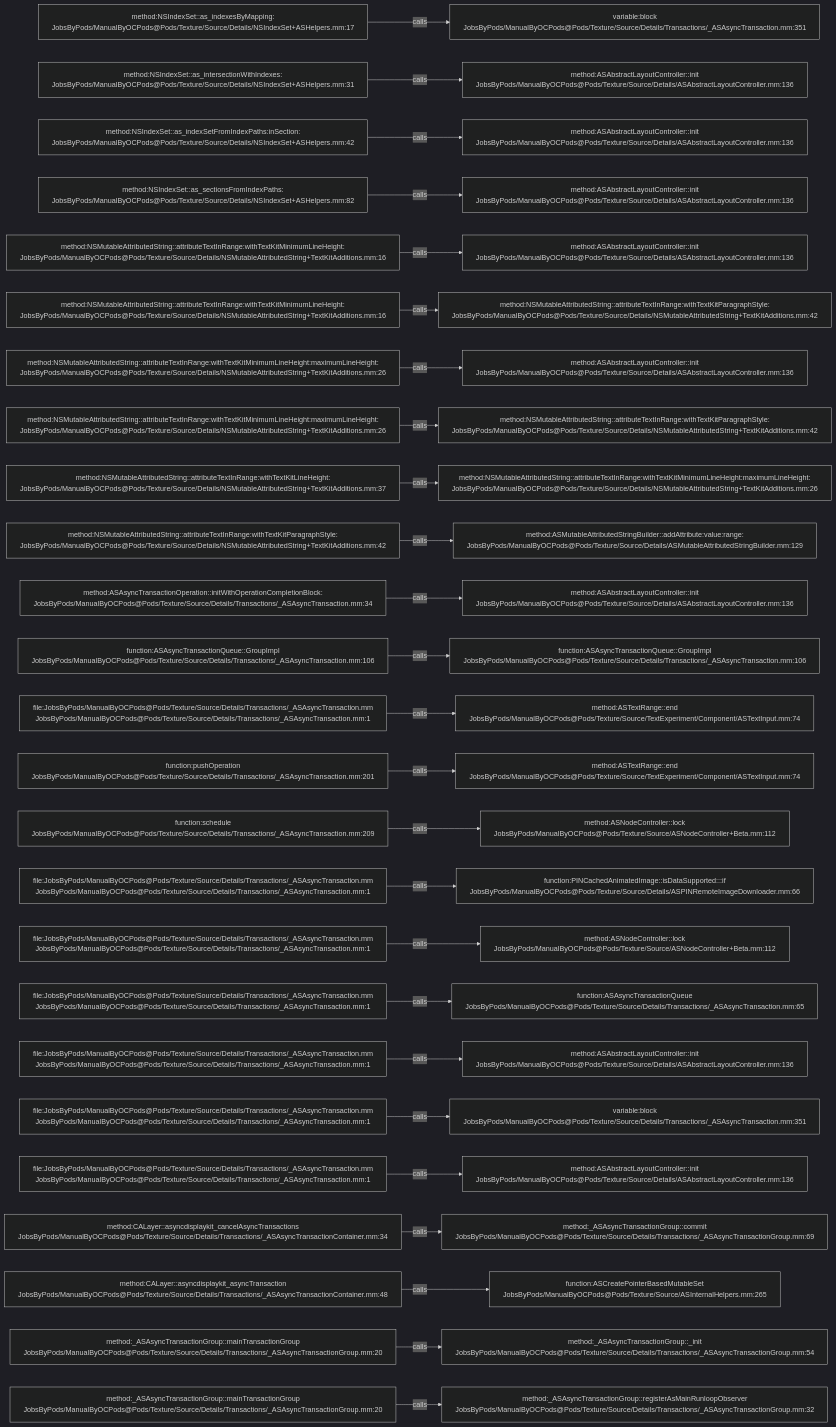
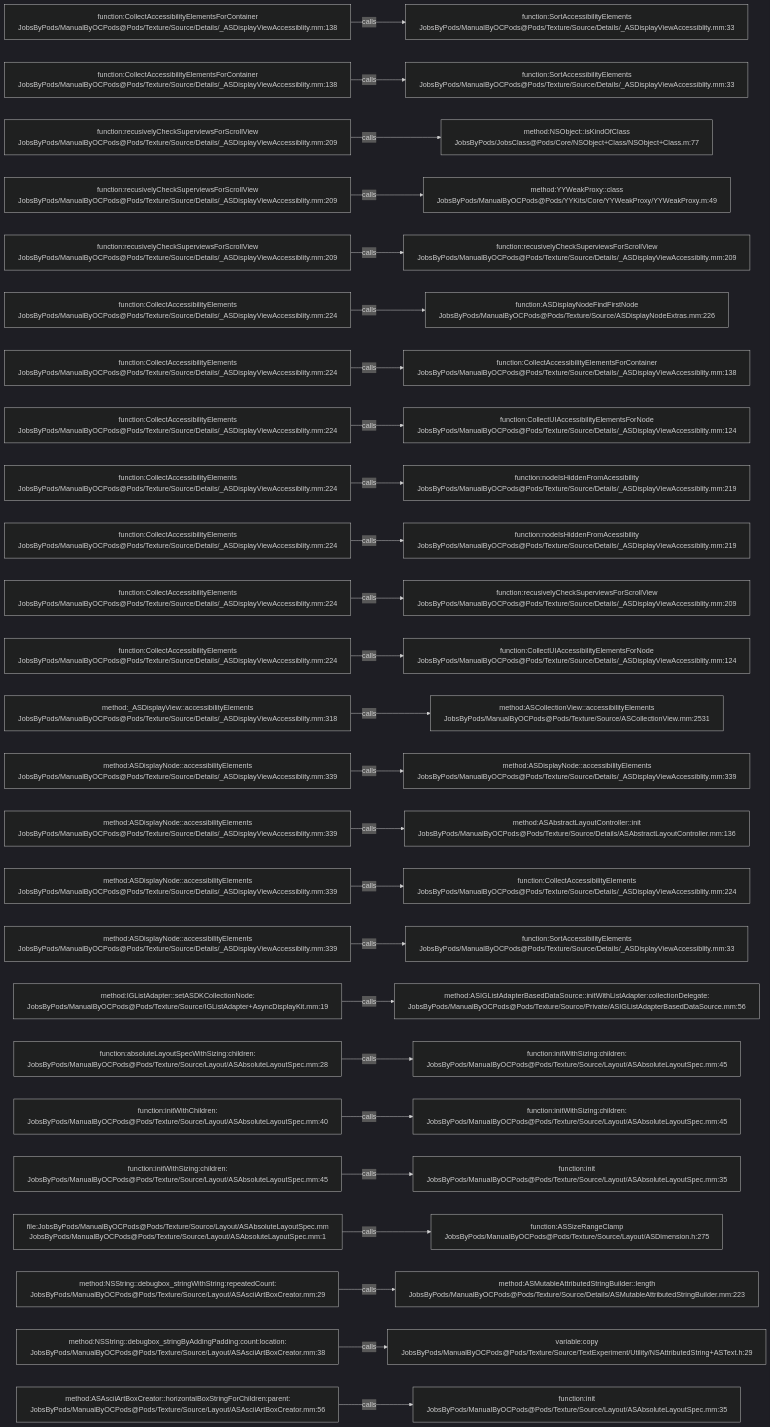
Before and after one commit to JobsKits/JobsOCBaseConfigDemo: the diagram in .codegraph/codegraph.md/graphs/calls-166.md, drawn with Mermaid (dark theme). The commit also changed 1448 other files, not shown here.

````diff
--- a/.codegraph/codegraph.md/graphs/calls-166.md
+++ b/.codegraph/codegraph.md/graphs/calls-166.md
@@ -13,78 +13,78 @@
 ```mermaid
 flowchart LR
-  S1["method:NSIndexSet::as_indexesByMapping:<br/>JobsByPods/ManualByOCPods@Pods/Texture/Source/Details/NSIndexSet+ASHelpers.mm:17"]
-  T1["variable:block<br/>JobsByPods/ManualByOCPods@Pods/Texture/Source/Details/Transactions/_ASAsyncTransaction.mm:351"]
+  S1["function:CollectAccessibilityElementsForContainer<br/>JobsByPods/ManualByOCPods@Pods/Texture/Source/Details/_ASDisplayViewAccessiblity.mm:138"]
+  T1["function:SortAccessibilityElements<br/>JobsByPods/ManualByOCPods@Pods/Texture/Source/Details/_ASDisplayViewAccessiblity.mm:33"]
   S1 -->|calls| T1
-  S2["method:NSIndexSet::as_intersectionWithIndexes:<br/>JobsByPods/ManualByOCPods@Pods/Texture/Source/Details/NSIndexSet+ASHelpers.mm:31"]
-  T2["method:ASAbstractLayoutController::init<br/>JobsByPods/ManualByOCPods@Pods/Texture/Source/Details/ASAbstractLayoutController.mm:136"]
+  S2["function:CollectAccessibilityElementsForContainer<br/>JobsByPods/ManualByOCPods@Pods/Texture/Source/Details/_ASDisplayViewAccessiblity.mm:138"]
+  T2["function:SortAccessibilityElements<br/>JobsByPods/ManualByOCPods@Pods/Texture/Source/Details/_ASDisplayViewAccessiblity.mm:33"]
   S2 -->|calls| T2
-  S3["method:NSIndexSet::as_indexSetFromIndexPaths:inSection:<br/>JobsByPods/ManualByOCPods@Pods/Texture/Source/Details/NSIndexSet+ASHelpers.mm:42"]
-  T3["method:ASAbstractLayoutController::init<br/>JobsByPods/ManualByOCPods@Pods/Texture/Source/Details/ASAbstractLayoutController.mm:136"]
+  S3["function:recusivelyCheckSuperviewsForScrollView<br/>JobsByPods/ManualByOCPods@Pods/Texture/Source/Details/_ASDisplayViewAccessiblity.mm:209"]
+  T3["method:NSObject::isKindOfClass<br/>JobsByPods/JobsClass@Pods/Core/NSObject+Class/NSObject+Class.m:77"]
   S3 -->|calls| T3
-  S4["method:NSIndexSet::as_sectionsFromIndexPaths:<br/>JobsByPods/ManualByOCPods@Pods/Texture/Source/Details/NSIndexSet+ASHelpers.mm:82"]
-  T4["method:ASAbstractLayoutController::init<br/>JobsByPods/ManualByOCPods@Pods/Texture/Source/Details/ASAbstractLayoutController.mm:136"]
+  S4["function:recusivelyCheckSuperviewsForScrollView<br/>JobsByPods/ManualByOCPods@Pods/Texture/Source/Details/_ASDisplayViewAccessiblity.mm:209"]
+  T4["method:YYWeakProxy::class<br/>JobsByPods/ManualByOCPods@Pods/YYKits/Core/YYWeakProxy/YYWeakProxy.m:49"]
   S4 -->|calls| T4
-  S5["method:NSMutableAttributedString::attributeTextInRange:withTextKitMinimumLineHeight:<br/>JobsByPods/ManualByOCPods@Pods/Texture/Source/Details/NSMutableAttributedString+TextKitAdditions.mm:16"]
-  T5["method:ASAbstractLayoutController::init<br/>JobsByPods/ManualByOCPods@Pods/Texture/Source/Details/ASAbstractLayoutController.mm:136"]
+  S5["function:recusivelyCheckSuperviewsForScrollView<br/>JobsByPods/ManualByOCPods@Pods/Texture/Source/Details/_ASDisplayViewAccessiblity.mm:209"]
+  T5["function:recusivelyCheckSuperviewsForScrollView<br/>JobsByPods/ManualByOCPods@Pods/Texture/Source/Details/_ASDisplayViewAccessiblity.mm:209"]
   S5 -->|calls| T5
-  S6["method:NSMutableAttributedString::attributeTextInRange:withTextKitMinimumLineHeight:<br/>JobsByPods/ManualByOCPods@Pods/Texture/Source/Details/NSMutableAttributedString+TextKitAdditions.mm:16"]
-  T6["method:NSMutableAttributedString::attributeTextInRange:withTextKitParagraphStyle:<br/>JobsByPods/ManualByOCPods@Pods/Texture/Source/Details/NSMutableAttributedString+TextKitAdditions.mm:42"]
+  S6["function:CollectAccessibilityElements<br/>JobsByPods/ManualByOCPods@Pods/Texture/Source/Details/_ASDisplayViewAccessiblity.mm:224"]
+  T6["function:ASDisplayNodeFindFirstNode<br/>JobsByPods/ManualByOCPods@Pods/Texture/Source/ASDisplayNodeExtras.mm:226"]
   S6 -->|calls| T6
-  S7["method:NSMutableAttributedString::attributeTextInRange:withTextKitMinimumLineHeight:maximumLineHeight:<br/>JobsByPods/ManualByOCPods@Pods/Texture/Source/Details/NSMutableAttributedString+TextKitAdditions.mm:26"]
-  T7["method:ASAbstractLayoutController::init<br/>JobsByPods/ManualByOCPods@Pods/Texture/Source/Details/ASAbstractLayoutController.mm:136"]
+  S7["function:CollectAccessibilityElements<br/>JobsByPods/ManualByOCPods@Pods/Texture/Source/Details/_ASDisplayViewAccessiblity.mm:224"]
+  T7["function:CollectAccessibilityElementsForContainer<br/>JobsByPods/ManualByOCPods@Pods/Texture/Source/Details/_ASDisplayViewAccessiblity.mm:138"]
   S7 -->|calls| T7
-  S8["method:NSMutableAttributedString::attributeTextInRange:withTextKitMinimumLineHeight:maximumLineHeight:<br/>JobsByPods/ManualByOCPods@Pods/Texture/Source/Details/NSMutableAttributedString+TextKitAdditions.mm:26"]
-  T8["method:NSMutableAttributedString::attributeTextInRange:withTextKitParagraphStyle:<br/>JobsByPods/ManualByOCPods@Pods/Texture/Source/Details/NSMutableAttributedString+TextKitAdditions.mm:42"]
+  S8["function:CollectAccessibilityElements<br/>JobsByPods/ManualByOCPods@Pods/Texture/Source/Details/_ASDisplayViewAccessiblity.mm:224"]
+  T8["function:CollectUIAccessibilityElementsForNode<br/>JobsByPods/ManualByOCPods@Pods/Texture/Source/Details/_ASDisplayViewAccessiblity.mm:124"]
   S8 -->|calls| T8
-  S9["method:NSMutableAttributedString::attributeTextInRange:withTextKitLineHeight:<br/>JobsByPods/ManualByOCPods@Pods/Texture/Source/Details/NSMutableAttributedString+TextKitAdditions.mm:37"]
-  T9["method:NSMutableAttributedString::attributeTextInRange:withTextKitMinimumLineHeight:maximumLineHeight:<br/>JobsByPods/ManualByOCPods@Pods/Texture/Source/Details/NSMutableAttributedString+TextKitAdditions.mm:26"]
+  S9["function:CollectAccessibilityElements<br/>JobsByPods/ManualByOCPods@Pods/Texture/Source/Details/_ASDisplayViewAccessiblity.mm:224"]
+  T9["function:nodeIsHiddenFromAcessibility<br/>JobsByPods/ManualByOCPods@Pods/Texture/Source/Details/_ASDisplayViewAccessiblity.mm:219"]
   S9 -->|calls| T9
-  S10["method:NSMutableAttributedString::attributeTextInRange:withTextKitParagraphStyle:<br/>JobsByPods/ManualByOCPods@Pods/Texture/Source/Details/NSMutableAttributedString+TextKitAdditions.mm:42"]
-  T10["method:ASMutableAttributedStringBuilder::addAttribute:value:range:<br/>JobsByPods/ManualByOCPods@Pods/Texture/Source/Details/ASMutableAttributedStringBuilder.mm:129"]
+  S10["function:CollectAccessibilityElements<br/>JobsByPods/ManualByOCPods@Pods/Texture/Source/Details/_ASDisplayViewAccessiblity.mm:224"]
+  T10["function:nodeIsHiddenFromAcessibility<br/>JobsByPods/ManualByOCPods@Pods/Texture/Source/Details/_ASDisplayViewAccessiblity.mm:219"]
   S10 -->|calls| T10
-  S11["method:ASAsyncTransactionOperation::initWithOperationCompletionBlock:<br/>JobsByPods/ManualByOCPods@Pods/Texture/Source/Details/Transactions/_ASAsyncTransaction.mm:34"]
-  T11["method:ASAbstractLayoutController::init<br/>JobsByPods/ManualByOCPods@Pods/Texture/Source/Details/ASAbstractLayoutController.mm:136"]
+  S11["function:CollectAccessibilityElements<br/>JobsByPods/ManualByOCPods@Pods/Texture/Source/Details/_ASDisplayViewAccessiblity.mm:224"]
+  T11["function:recusivelyCheckSuperviewsForScrollView<br/>JobsByPods/ManualByOCPods@Pods/Texture/Source/Details/_ASDisplayViewAccessiblity.mm:209"]
   S11 -->|calls| T11
-  S12["function:ASAsyncTransactionQueue::GroupImpl<br/>JobsByPods/ManualByOCPods@Pods/Texture/Source/Details/Transactions/_ASAsyncTransaction.mm:106"]
-  T12["function:ASAsyncTransactionQueue::GroupImpl<br/>JobsByPods/ManualByOCPods@Pods/Texture/Source/Details/Transactions/_ASAsyncTransaction.mm:106"]
+  S12["function:CollectAccessibilityElements<br/>JobsByPods/ManualByOCPods@Pods/Texture/Source/Details/_ASDisplayViewAccessiblity.mm:224"]
+  T12["function:CollectUIAccessibilityElementsForNode<br/>JobsByPods/ManualByOCPods@Pods/Texture/Source/Details/_ASDisplayViewAccessiblity.mm:124"]
   S12 -->|calls| T12
-  S13["file:JobsByPods/ManualByOCPods@Pods/Texture/Source/Details/Transactions/_ASAsyncTransaction.mm<br/>JobsByPods/ManualByOCPods@Pods/Texture/Source/Details/Transactions/_ASAsyncTransaction.mm:1"]
-  T13["method:ASTextRange::end<br/>JobsByPods/ManualByOCPods@Pods/Texture/Source/TextExperiment/Component/ASTextInput.mm:74"]
+  S13["method:_ASDisplayView::accessibilityElements<br/>JobsByPods/ManualByOCPods@Pods/Texture/Source/Details/_ASDisplayViewAccessiblity.mm:318"]
+  T13["method:ASCollectionView::accessibilityElements<br/>JobsByPods/ManualByOCPods@Pods/Texture/Source/ASCollectionView.mm:2531"]
   S13 -->|calls| T13
-  S14["function:pushOperation<br/>JobsByPods/ManualByOCPods@Pods/Texture/Source/Details/Transactions/_ASAsyncTransaction.mm:201"]
-  T14["method:ASTextRange::end<br/>JobsByPods/ManualByOCPods@Pods/Texture/Source/TextExperiment/Component/ASTextInput.mm:74"]
+  S14["method:ASDisplayNode::accessibilityElements<br/>JobsByPods/ManualByOCPods@Pods/Texture/Source/Details/_ASDisplayViewAccessiblity.mm:339"]
+  T14["method:ASDisplayNode::accessibilityElements<br/>JobsByPods/ManualByOCPods@Pods/Texture/Source/Details/_ASDisplayViewAccessiblity.mm:339"]
   S14 -->|calls| T14
-  S15["function:schedule<br/>JobsByPods/ManualByOCPods@Pods/Texture/Source/Details/Transactions/_ASAsyncTransaction.mm:209"]
-  T15["method:ASNodeController::lock<br/>JobsByPods/ManualByOCPods@Pods/Texture/Source/ASNodeController+Beta.mm:112"]
+  S15["method:ASDisplayNode::accessibilityElements<br/>JobsByPods/ManualByOCPods@Pods/Texture/Source/Details/_ASDisplayViewAccessiblity.mm:339"]
+  T15["method:ASAbstractLayoutController::init<br/>JobsByPods/ManualByOCPods@Pods/Texture/Source/Details/ASAbstractLayoutController.mm:136"]
   S15 -->|calls| T15
-  S16["file:JobsByPods/ManualByOCPods@Pods/Texture/Source/Details/Transactions/_ASAsyncTransaction.mm<br/>JobsByPods/ManualByOCPods@Pods/Texture/Source/Details/Transactions/_ASAsyncTransaction.mm:1"]
-  T16["function:PINCachedAnimatedImage::isDataSupported:::if<br/>JobsByPods/ManualByOCPods@Pods/Texture/Source/Details/ASPINRemoteImageDownloader.mm:66"]
+  S16["method:ASDisplayNode::accessibilityElements<br/>JobsByPods/ManualByOCPods@Pods/Texture/Source/Details/_ASDisplayViewAccessiblity.mm:339"]
+  T16["function:CollectAccessibilityElements<br/>JobsByPods/ManualByOCPods@Pods/Texture/Source/Details/_ASDisplayViewAccessiblity.mm:224"]
   S16 -->|calls| T16
-  S17["file:JobsByPods/ManualByOCPods@Pods/Texture/Source/Details/Transactions/_ASAsyncTransaction.mm<br/>JobsByPods/ManualByOCPods@Pods/Texture/Source/Details/Transactions/_ASAsyncTransaction.mm:1"]
-  T17["method:ASNodeController::lock<br/>JobsByPods/ManualByOCPods@Pods/Texture/Source/ASNodeController+Beta.mm:112"]
+  S17["method:ASDisplayNode::accessibilityElements<br/>JobsByPods/ManualByOCPods@Pods/Texture/Source/Details/_ASDisplayViewAccessiblity.mm:339"]
+  T17["function:SortAccessibilityElements<br/>JobsByPods/ManualByOCPods@Pods/Texture/Source/Details/_ASDisplayViewAccessiblity.mm:33"]
   S17 -->|calls| T17
-  S18["file:JobsByPods/ManualByOCPods@Pods/Texture/Source/Details/Transactions/_ASAsyncTransaction.mm<br/>JobsByPods/ManualByOCPods@Pods/Texture/Source/Details/Transactions/_ASAsyncTransaction.mm:1"]
-  T18["function:ASAsyncTransactionQueue<br/>JobsByPods/ManualByOCPods@Pods/Texture/Source/Details/Transactions/_ASAsyncTransaction.mm:65"]
+  S18["method:IGListAdapter::setASDKCollectionNode:<br/>JobsByPods/ManualByOCPods@Pods/Texture/Source/IGListAdapter+AsyncDisplayKit.mm:19"]
+  T18["method:ASIGListAdapterBasedDataSource::initWithListAdapter:collectionDelegate:<br/>JobsByPods/ManualByOCPods@Pods/Texture/Source/Private/ASIGListAdapterBasedDataSource.mm:56"]
   S18 -->|calls| T18
-  S19["file:JobsByPods/ManualByOCPods@Pods/Texture/Source/Details/Transactions/_ASAsyncTransaction.mm<br/>JobsByPods/ManualByOCPods@Pods/Texture/Source/Details/Transactions/_ASAsyncTransaction.mm:1"]
-  T19["method:ASAbstractLayoutController::init<br/>JobsByPods/ManualByOCPods@Pods/Texture/Source/Details/ASAbstractLayoutController.mm:136"]
+  S19["function:absoluteLayoutSpecWithSizing:children:<br/>JobsByPods/ManualByOCPods@Pods/Texture/Source/Layout/ASAbsoluteLayoutSpec.mm:28"]
+  T19["function:initWithSizing:children:<br/>JobsByPods/ManualByOCPods@Pods/Texture/Source/Layout/ASAbsoluteLayoutSpec.mm:45"]
   S19 -->|calls| T19
-  S20["file:JobsByPods/ManualByOCPods@Pods/Texture/Source/Details/Transactions/_ASAsyncTransaction.mm<br/>JobsByPods/ManualByOCPods@Pods/Texture/Source/Details/Transactions/_ASAsyncTransaction.mm:1"]
-  T20["variable:block<br/>JobsByPods/ManualByOCPods@Pods/Texture/Source/Details/Transactions/_ASAsyncTransaction.mm:351"]
+  S20["function:initWithChildren:<br/>JobsByPods/ManualByOCPods@Pods/Texture/Source/Layout/ASAbsoluteLayoutSpec.mm:40"]
+  T20["function:initWithSizing:children:<br/>JobsByPods/ManualByOCPods@Pods/Texture/Source/Layout/ASAbsoluteLayoutSpec.mm:45"]
   S20 -->|calls| T20
-  S21["file:JobsByPods/ManualByOCPods@Pods/Texture/Source/Details/Transactions/_ASAsyncTransaction.mm<br/>JobsByPods/ManualByOCPods@Pods/Texture/Source/Details/Transactions/_ASAsyncTransaction.mm:1"]
-  T21["method:ASAbstractLayoutController::init<br/>JobsByPods/ManualByOCPods@Pods/Texture/Source/Details/ASAbstractLayoutController.mm:136"]
+  S21["function:initWithSizing:children:<br/>JobsByPods/ManualByOCPods@Pods/Texture/Source/Layout/ASAbsoluteLayoutSpec.mm:45"]
+  T21["function:init<br/>JobsByPods/ManualByOCPods@Pods/Texture/Source/Layout/ASAbsoluteLayoutSpec.mm:35"]
   S21 -->|calls| T21
-  S22["method:CALayer::asyncdisplaykit_cancelAsyncTransactions<br/>JobsByPods/ManualByOCPods@Pods/Texture/Source/Details/Transactions/_ASAsyncTransactionContainer.mm:34"]
-  T22["method:_ASAsyncTransactionGroup::commit<br/>JobsByPods/ManualByOCPods@Pods/Texture/Source/Details/Transactions/_ASAsyncTransactionGroup.mm:69"]
+  S22["file:JobsByPods/ManualByOCPods@Pods/Texture/Source/Layout/ASAbsoluteLayoutSpec.mm<br/>JobsByPods/ManualByOCPods@Pods/Texture/Source/Layout/ASAbsoluteLayoutSpec.mm:1"]
+  T22["function:ASSizeRangeClamp<br/>JobsByPods/ManualByOCPods@Pods/Texture/Source/Layout/ASDimension.h:275"]
   S22 -->|calls| T22
-  S23["method:CALayer::asyncdisplaykit_asyncTransaction<br/>JobsByPods/ManualByOCPods@Pods/Texture/Source/Details/Transactions/_ASAsyncTransactionContainer.mm:48"]
-  T23["function:ASCreatePointerBasedMutableSet<br/>JobsByPods/ManualByOCPods@Pods/Texture/Source/ASInternalHelpers.mm:265"]
+  S23["method:NSString::debugbox_stringWithString:repeatedCount:<br/>JobsByPods/ManualByOCPods@Pods/Texture/Source/Layout/ASAsciiArtBoxCreator.mm:29"]
+  T23["method:ASMutableAttributedStringBuilder::length<br/>JobsByPods/ManualByOCPods@Pods/Texture/Source/Details/ASMutableAttributedStringBuilder.mm:223"]
   S23 -->|calls| T23
-  S24["method:_ASAsyncTransactionGroup::mainTransactionGroup<br/>JobsByPods/ManualByOCPods@Pods/Texture/Source/Details/Transactions/_ASAsyncTransactionGroup.mm:20"]
-  T24["method:_ASAsyncTransactionGroup::_init<br/>JobsByPods/ManualByOCPods@Pods/Texture/Source/Details/Transactions/_ASAsyncTransactionGroup.mm:54"]
+  S24["method:NSString::debugbox_stringByAddingPadding:count:location:<br/>JobsByPods/ManualByOCPods@Pods/Texture/Source/Layout/ASAsciiArtBoxCreator.mm:38"]
+  T24["variable:copy<br/>JobsByPods/ManualByOCPods@Pods/Texture/Source/TextExperiment/Utility/NSAttributedString+ASText.h:29"]
   S24 -->|calls| T24
-  S25["method:_ASAsyncTransactionGroup::mainTransactionGroup<br/>JobsByPods/ManualByOCPods@Pods/Texture/Source/Details/Transactions/_ASAsyncTransactionGroup.mm:20"]
-  T25["method:_ASAsyncTransactionGroup::registerAsMainRunloopObserver<br/>JobsByPods/ManualByOCPods@Pods/Texture/Source/Details/Transactions/_ASAsyncTransactionGroup.mm:32"]
+  S25["method:ASAsciiArtBoxCreator::horizontalBoxStringForChildren:parent:<br/>JobsByPods/ManualByOCPods@Pods/Texture/Source/Layout/ASAsciiArtBoxCreator.mm:56"]
+  T25["function:init<br/>JobsByPods/ManualByOCPods@Pods/Texture/Source/Layout/ASAbsoluteLayoutSpec.mm:35"]
   S25 -->|calls| T25
 ```
````
